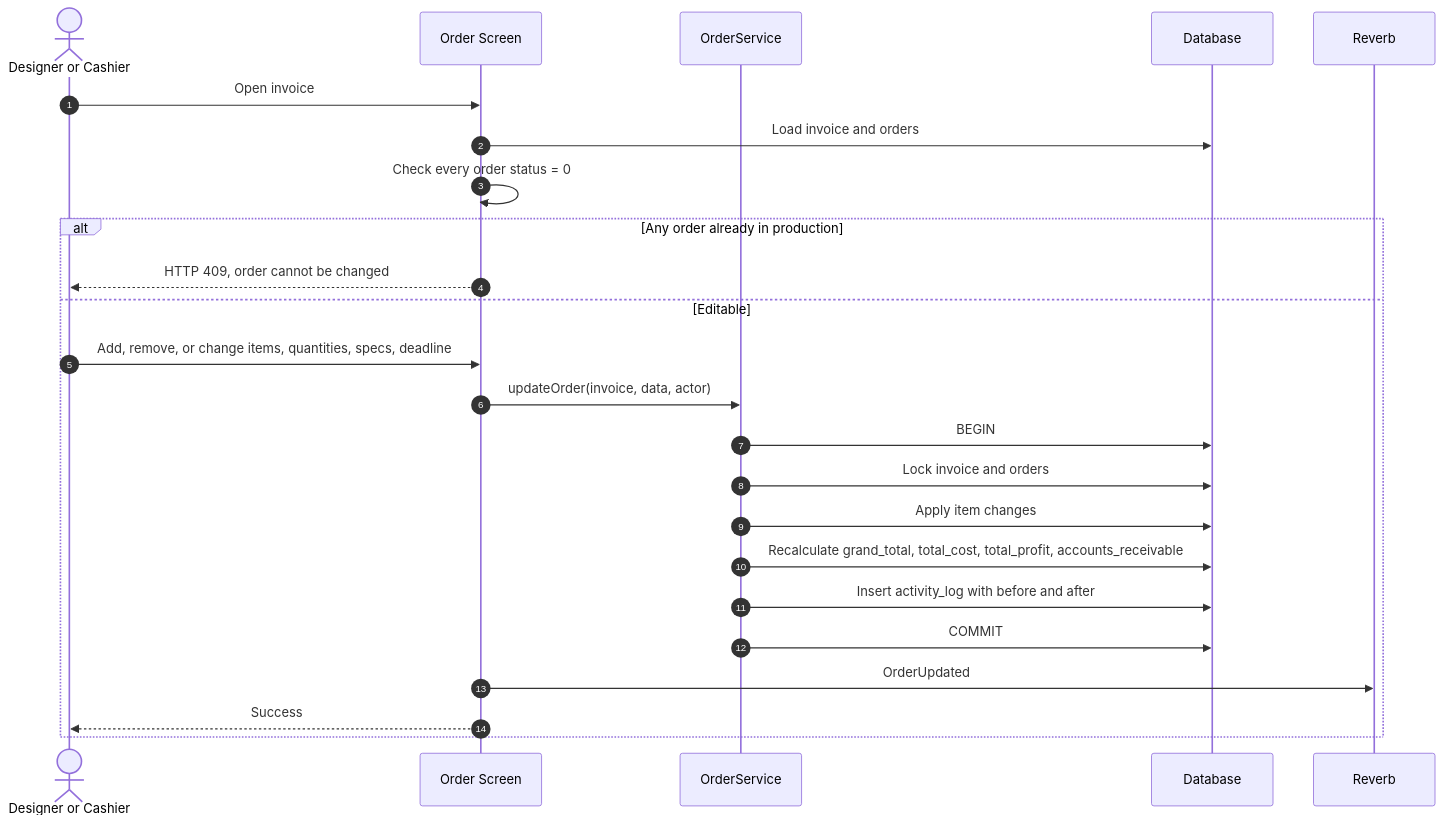
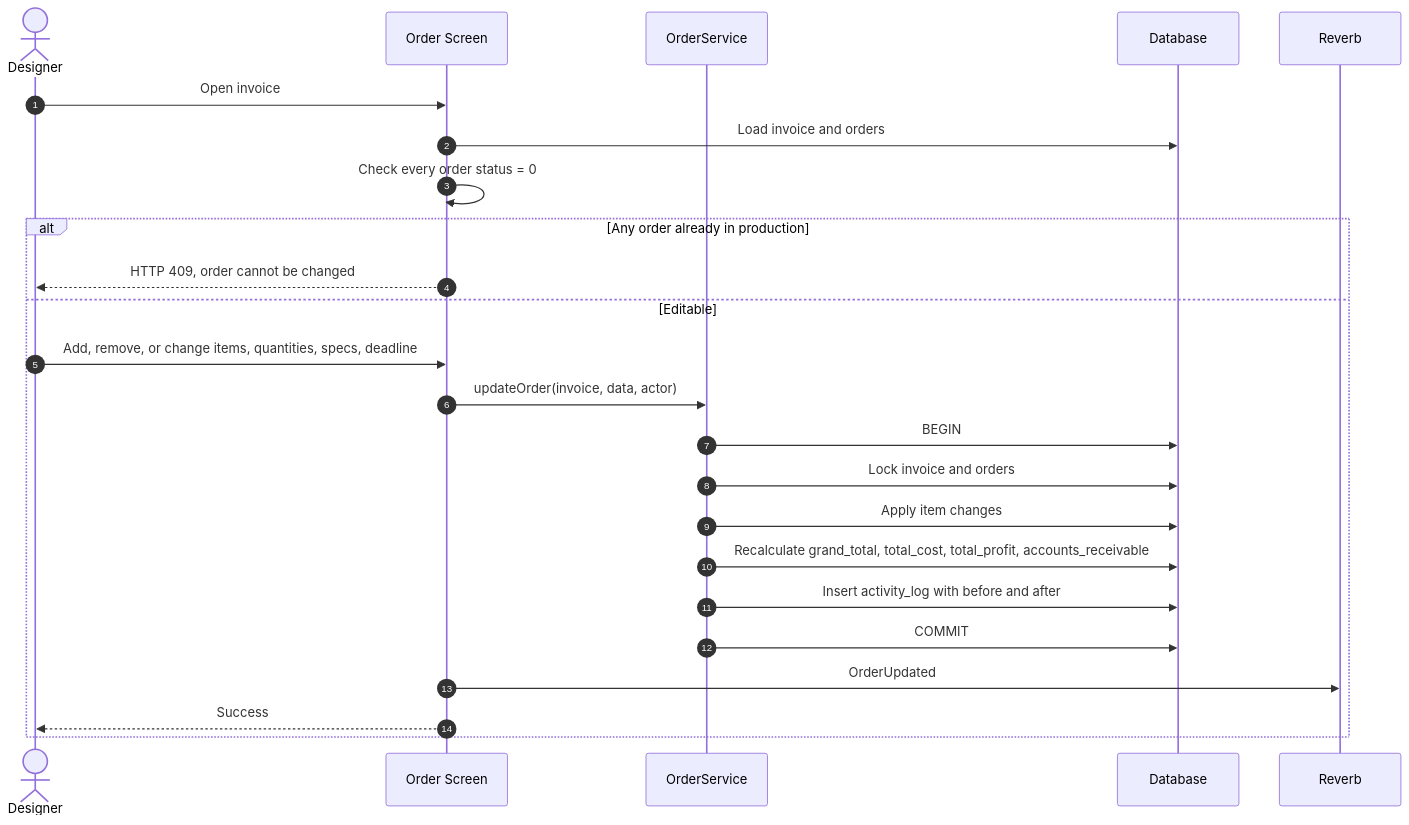
One commit to Arukast/pos_alja changed the ninth of 16 diagrams in docs/architecture/sequence-diagrams.md. Above: the diagram before and after it, drawn with Mermaid. The commit also changed other lines of this file and 8 other files, not shown here.

````diff
--- a/docs/architecture/sequence-diagrams.md
+++ b/docs/architecture/sequence-diagrams.md
@@ -380,27 +380,27 @@
 ```mermaid
 sequenceDiagram
     autonumber
-    actor A as Designer or Cashier
+    actor D as Designer
     participant UI as Order Screen
     participant OS as OrderService
     participant DB as Database
     participant R as Reverb
 
-    A->>UI: Open invoice
+    D->>UI: Open invoice
     UI->>DB: Load invoice and orders
     UI->>UI: Check every order status = 0
     alt Any order already in production
-        UI-->>A: HTTP 409, order cannot be changed
+        UI-->>D: HTTP 409, order cannot be changed
     else Editable
-        A->>UI: Add, remove, or change items, quantities, specs, deadline
+        D->>UI: Add, remove, or change items, quantities, specs, deadline
         UI->>OS: updateOrder(invoice, data, actor)
         OS->>DB: BEGIN
         OS->>DB: Lock invoice and orders
         OS->>DB: Apply item changes
         OS->>DB: Recalculate grand_total, total_cost, total_profit, accounts_receivable
         OS->>DB: Insert activity_log with before and after
         OS->>DB: COMMIT
         UI->>R: OrderUpdated
-        UI-->>A: Success
+        UI-->>D: Success
     end
 ```
````
